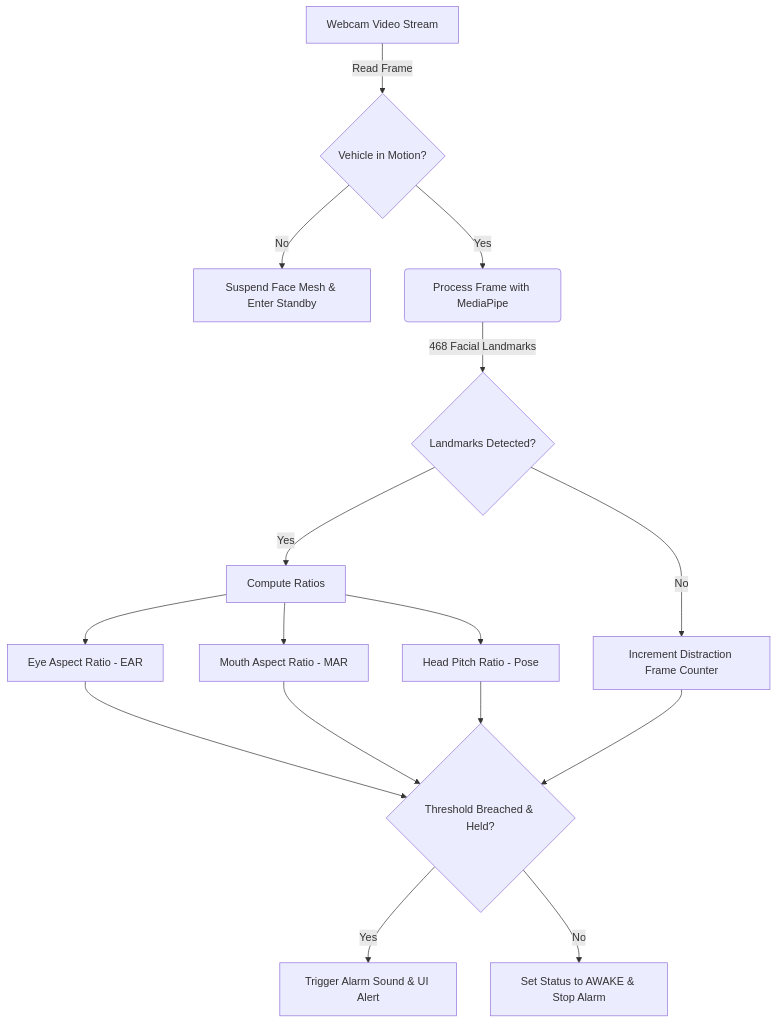
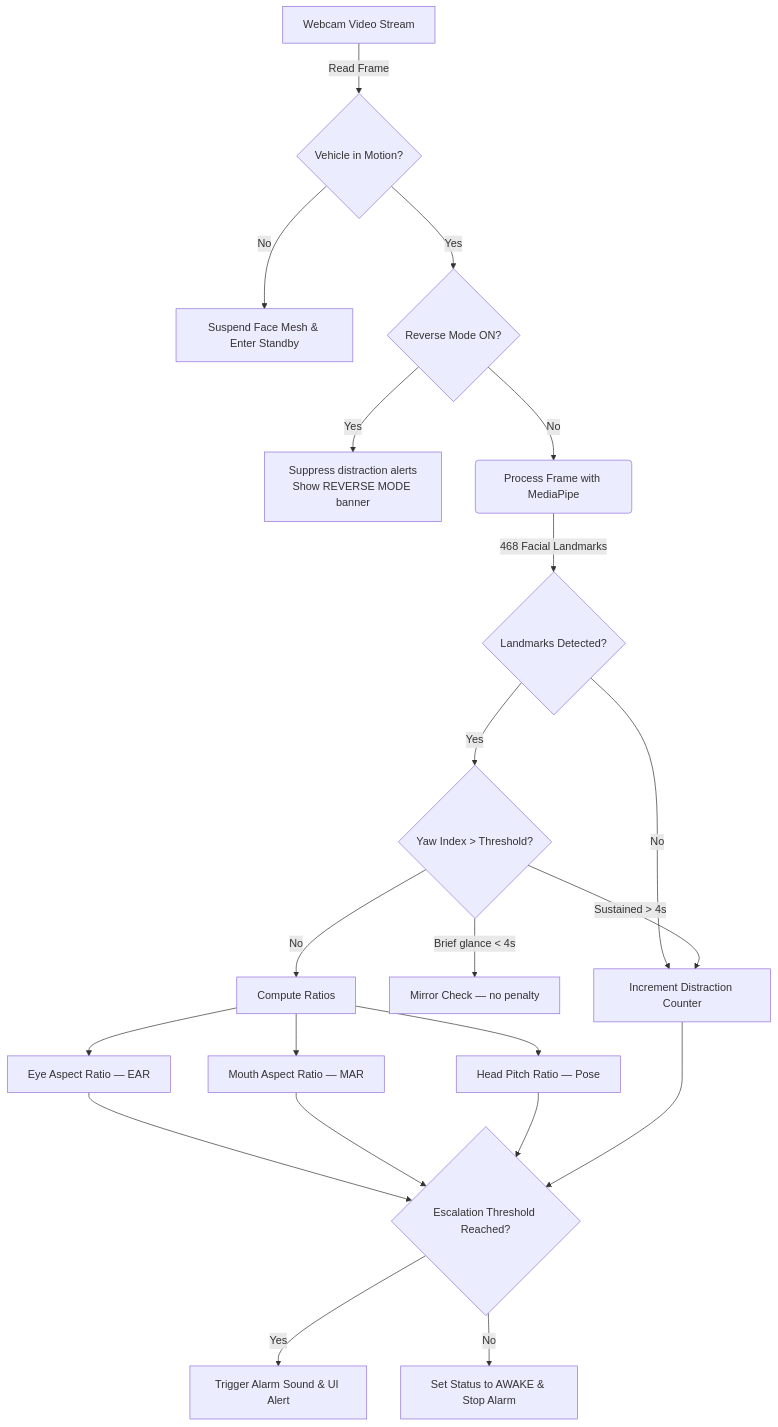
The diagram in README.md (madhav-0000/Summer-Internship), drawn with Mermaid before and after one commit. The commit also changed other lines of this file and 3 other files, not shown here.

````diff
--- a/README.md
+++ b/README.md
@@ -10,16 +12,20 @@
 ```mermaid
 graph TD
     A[Webcam Video Stream] -->|Read Frame| AM{Vehicle in Motion?}
     AM -->|No| Standby[Suspend Face Mesh & Enter Standby]
-    AM -->|Yes| B(Process Frame with MediaPipe)
+    AM -->|Yes| RM{Reverse Mode ON?}
+    RM -->|Yes| RMSkip[Suppress distraction alerts\nShow REVERSE MODE banner]
+    RM -->|No| B(Process Frame with MediaPipe)
     B -->|468 Facial Landmarks| C{Landmarks Detected?}
-    C -->|Yes| D[Compute Ratios]
-    C -->|No| E[Increment Distraction Frame Counter]
-    D --> D1[Eye Aspect Ratio - EAR]
-    D --> D2[Mouth Aspect Ratio - MAR]
-    D --> D3[Head Pitch Ratio - Pose]
-    D1 & D2 & D3 --> F{Threshold Breached & Held?}
-    E --> F
+    C -->|Yes| YAW{Yaw Index > Threshold?}
+    C -->|No| E[Increment Distraction Counter]
+    YAW -->|Brief glance < 4s| MirrorCheck[Mirror Check — no penalty]
+    YAW -->|Sustained > 4s| E
+    YAW -->|No| D[Compute Ratios]
+    D --> D1[Eye Aspect Ratio — EAR]
+    D --> D2[Mouth Aspect Ratio — MAR]
+    D --> D3[Head Pitch Ratio — Pose]
+    D1 & D2 & D3 & E --> F{Escalation Threshold Reached?}
     F -->|Yes| G[Trigger Alarm Sound & UI Alert]
     F -->|No| H[Set Status to AWAKE & Stop Alarm]
 ```
````
